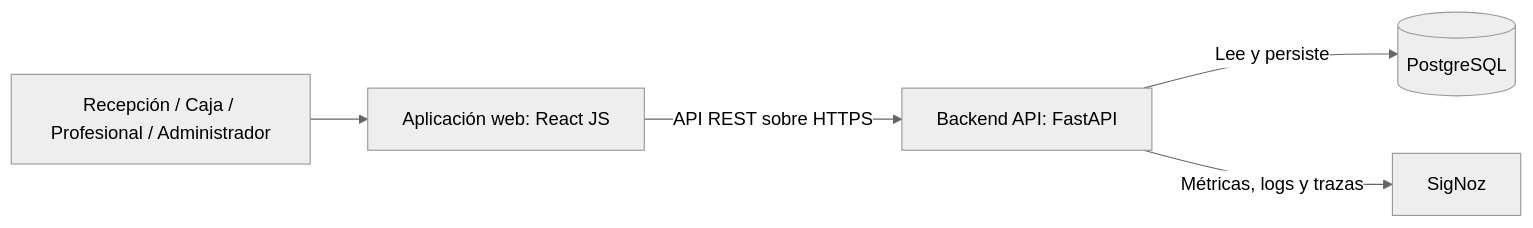
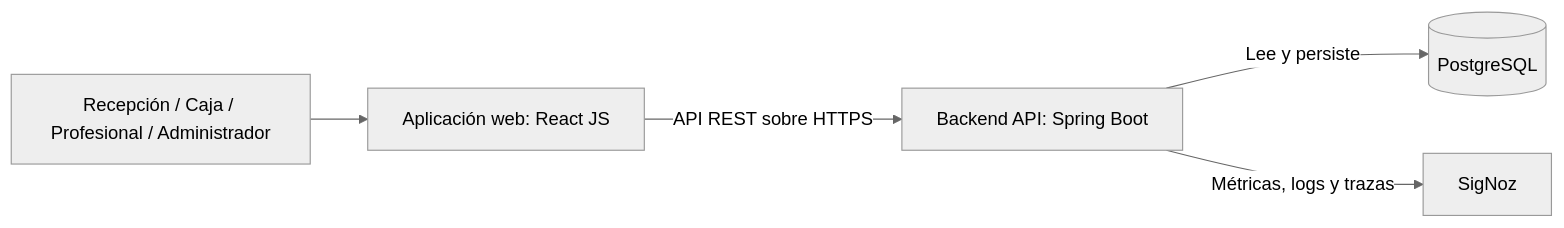
Before and after one commit to BryanSilva99/centro-salud-administrativo: the first of 2 diagrams in docs/ARQUITECTURA.md, drawn with Mermaid (neutral theme). The commit also changed other lines of this file and 104 other files, not shown here.

Commit message:
docs: ajustar estructura a Java Spring Boot y React

````diff
--- a/docs/ARQUITECTURA.md
+++ b/docs/ARQUITECTURA.md
@@ -17,7 +17,7 @@
 ```mermaid
 flowchart LR
     U[Recepción / Caja / Profesional / Administrador] --> W[Aplicación web: React JS]
-    W -->|API REST sobre HTTPS| A[Backend API: FastAPI]
+    W -->|API REST sobre HTTPS| A[Backend API: Spring Boot]
     A -->|Lee y persiste| D[(PostgreSQL)]
     A -->|Métricas, logs y trazas| O[SigNoz]
 ```
````
